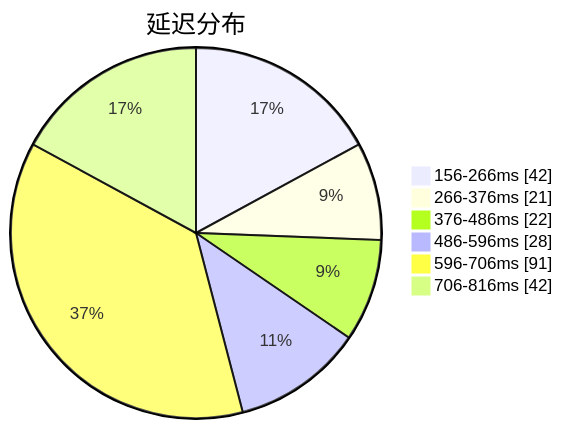
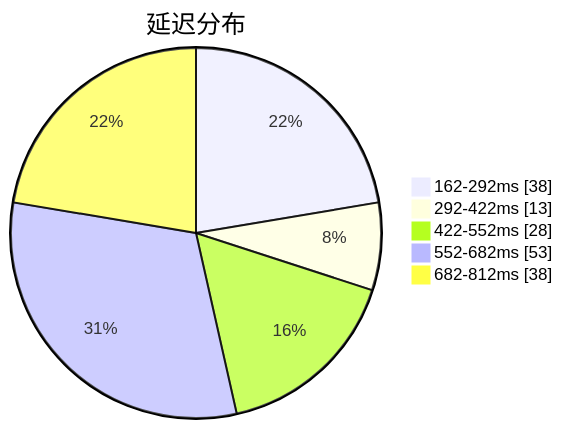
Before and after one commit to qjlxg/airport: the first of 3 diagrams in subs/statistics/tested_within.md, drawn with Mermaid. The commit also changed other lines of this file and 2 other files, not shown here.

````diff
--- a/subs/statistics/tested_within.md
+++ b/subs/statistics/tested_within.md
@@ -2,10 +2,9 @@
 ```mermaid
 pie showData
 title 延迟分布
-"156-266ms" : 42
-"266-376ms" : 21
-"376-486ms" : 22
-"486-596ms" : 28
-"596-706ms" : 91
-"706-816ms" : 42
+"162-292ms" : 38
+"292-422ms" : 13
+"422-552ms" : 28
+"552-682ms" : 53
+"682-812ms" : 38
 ```
````
